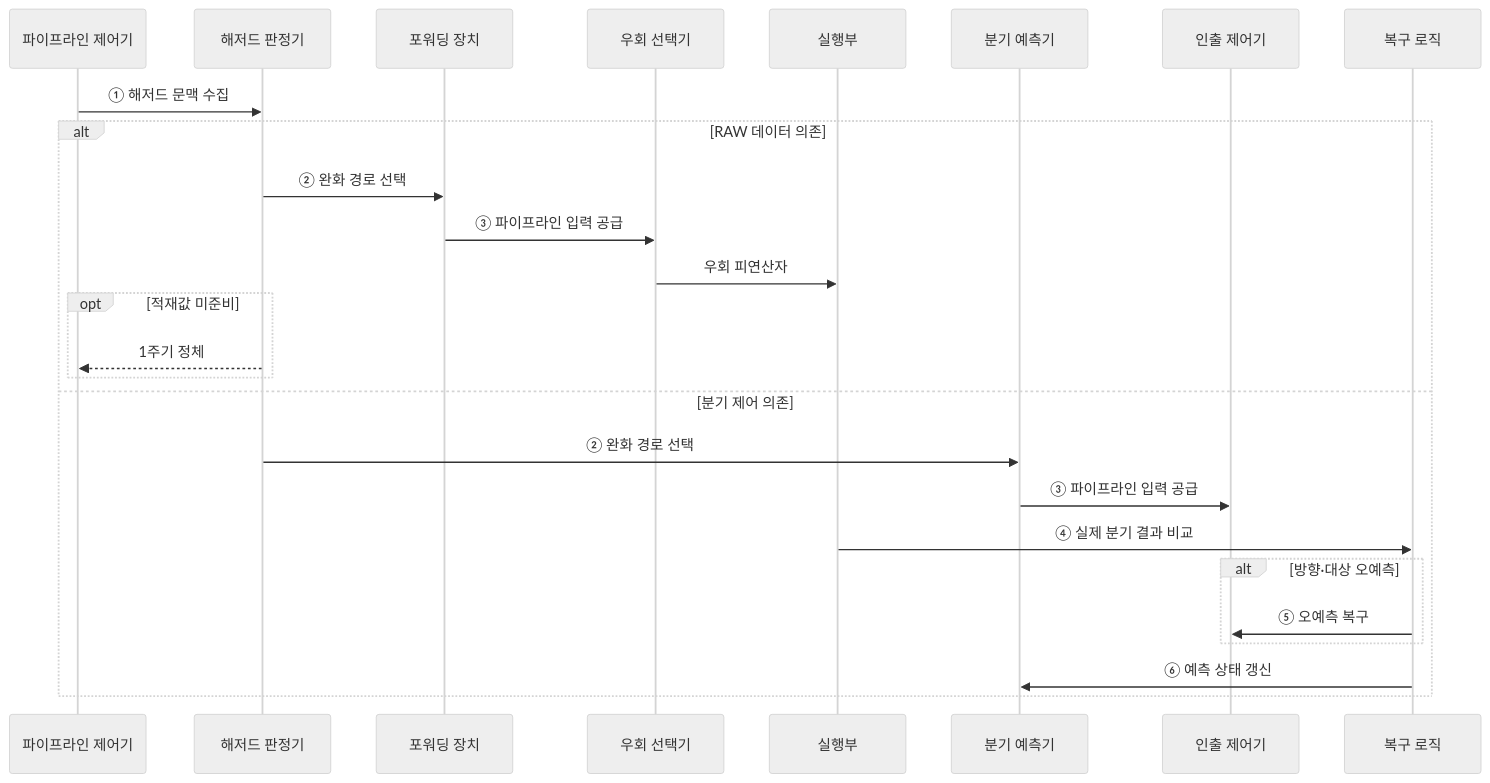
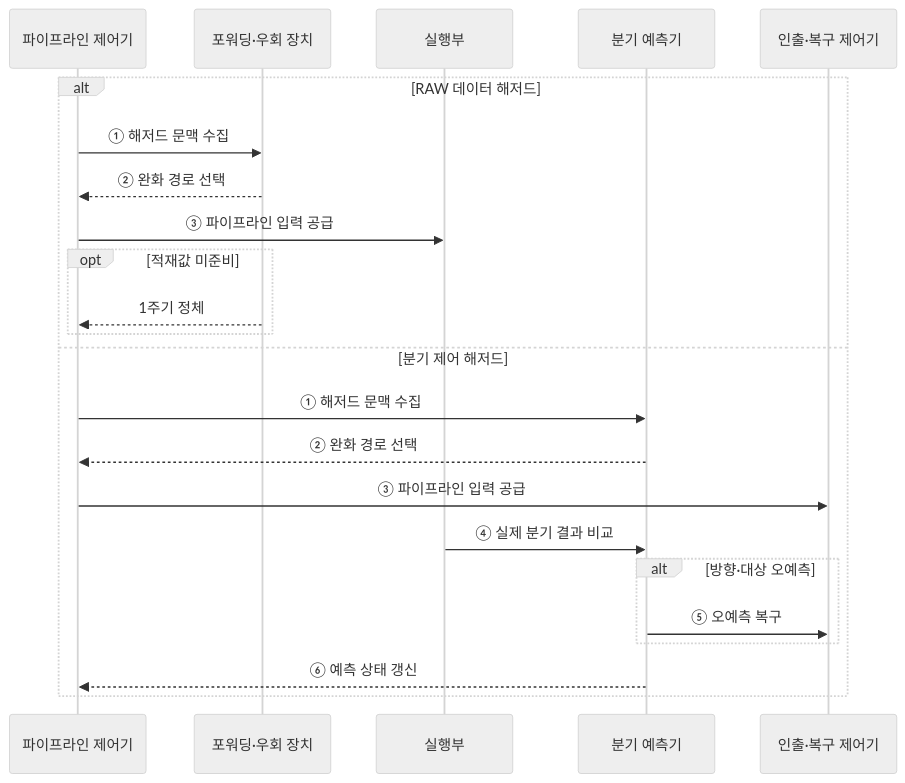
Before and after one commit to agnusdei1207/knowledge-base: the second of 2 diagrams in src/content/docs/notes/02-hardware/008_pipeline_forwarding_branch_prediction.md, drawn with Mermaid (neutral theme). The commit also changed other lines of this file and 20 other files, not shown here.

````diff
--- a/src/content/docs/notes/02-hardware/008_pipeline_forwarding_branch_prediction.md
+++ b/src/content/docs/notes/02-hardware/008_pipeline_forwarding_branch_prediction.md
@@ -79,28 +79,25 @@
 ```mermaid
 sequenceDiagram
     participant C as 파이프라인 제어기
-    participant H as 해저드 판정기
-    participant F as 포워딩 장치
-    participant M as 우회 선택기
+    participant D as 포워딩·우회 장치
     participant E as 실행부
     participant B as 분기 예측기
-    participant I as 인출 제어기
-    participant R as 복구 로직
-    C->>H: ① 해저드 문맥 수집
-    alt RAW 데이터 의존
-        H->>F: ② 완화 경로 선택
-        F->>M: ③ 파이프라인 입력 공급
-        M->>E: 우회 피연산자
+    participant I as 인출·복구 제어기
+    alt RAW 데이터 해저드
+        C->>D: ① 해저드 문맥 수집
+        D-->>C: ② 완화 경로 선택
+        C->>E: ③ 파이프라인 입력 공급
         opt 적재값 미준비
-            H-->>C: 1주기 정체
+            D-->>C: 1주기 정체
         end
-    else 분기 제어 의존
-        H->>B: ② 완화 경로 선택
-        B->>I: ③ 파이프라인 입력 공급
-        E->>R: ④ 실제 분기 결과 비교
+    else 분기 제어 해저드
+        C->>B: ① 해저드 문맥 수집
+        B-->>C: ② 완화 경로 선택
+        C->>I: ③ 파이프라인 입력 공급
+        E->>B: ④ 실제 분기 결과 비교
         alt 방향·대상 오예측
-            R->>I: ⑤ 오예측 복구
+            B->>I: ⑤ 오예측 복구
         end
-        R->>B: ⑥ 예측 상태 갱신
+        B-->>C: ⑥ 예측 상태 갱신
     end
 ```
````
